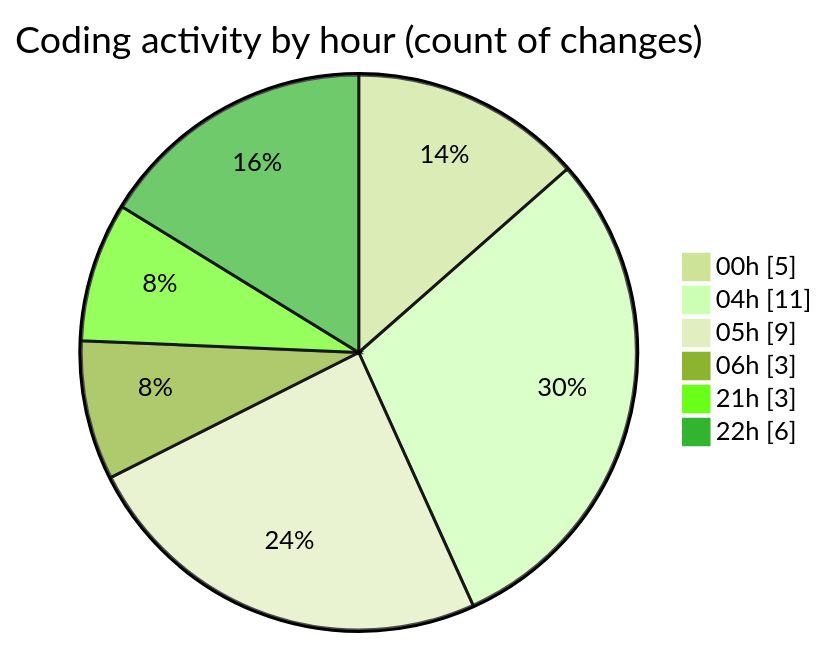
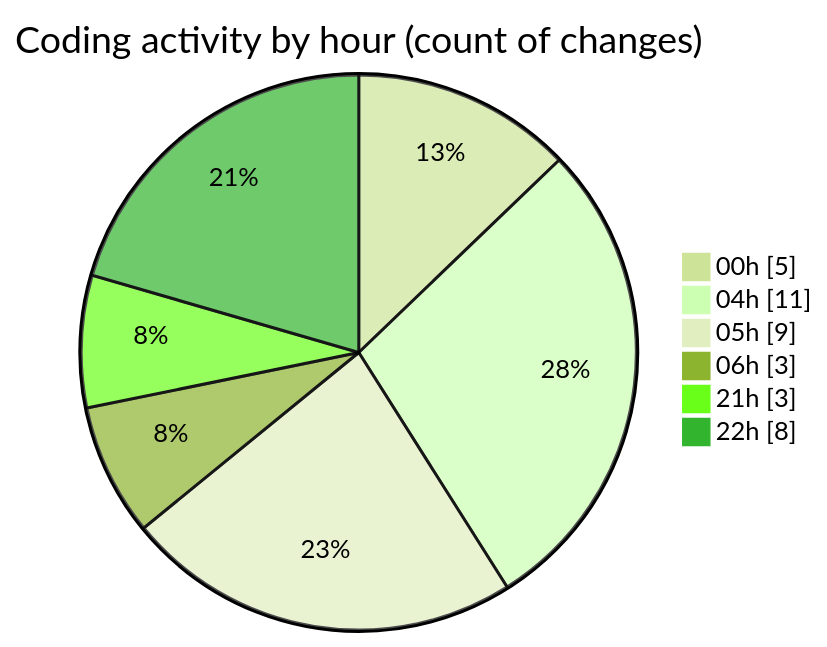
Before and after one commit to idhammustaqopulfikri/code-tracking: the second of 2 diagrams in 2025-03-28/autodidak/README.md, drawn with Mermaid (forest theme). The commit also changed other lines of this file and 1 other file, not shown here.

````diff
--- a/2025-03-28/autodidak/README.md
+++ b/2025-03-28/autodidak/README.md
@@ -36,10 +37,10 @@
 ```mermaid
 pie showData
 title Coding activity by hour (count of changes)
 "00h" : 5
 "04h" : 11
 "05h" : 9
 "06h" : 3
 "21h" : 3
-"22h" : 6
+"22h" : 8
 ```
````
